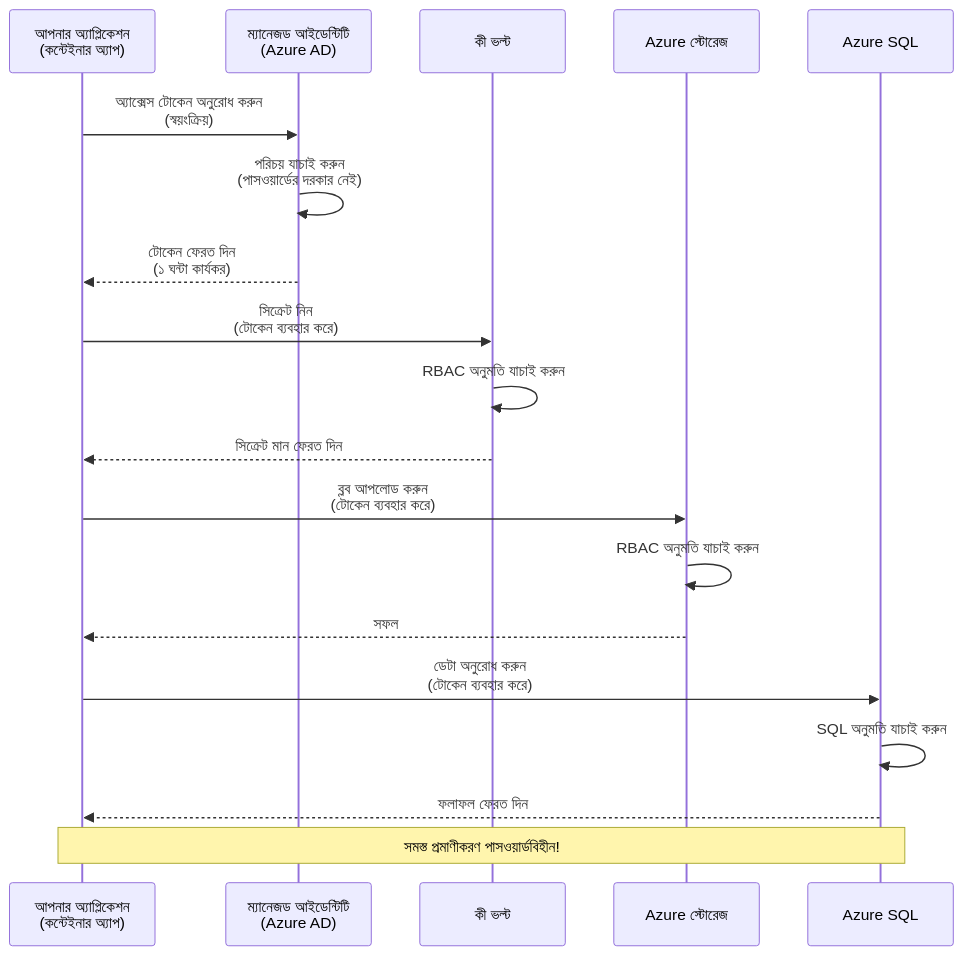
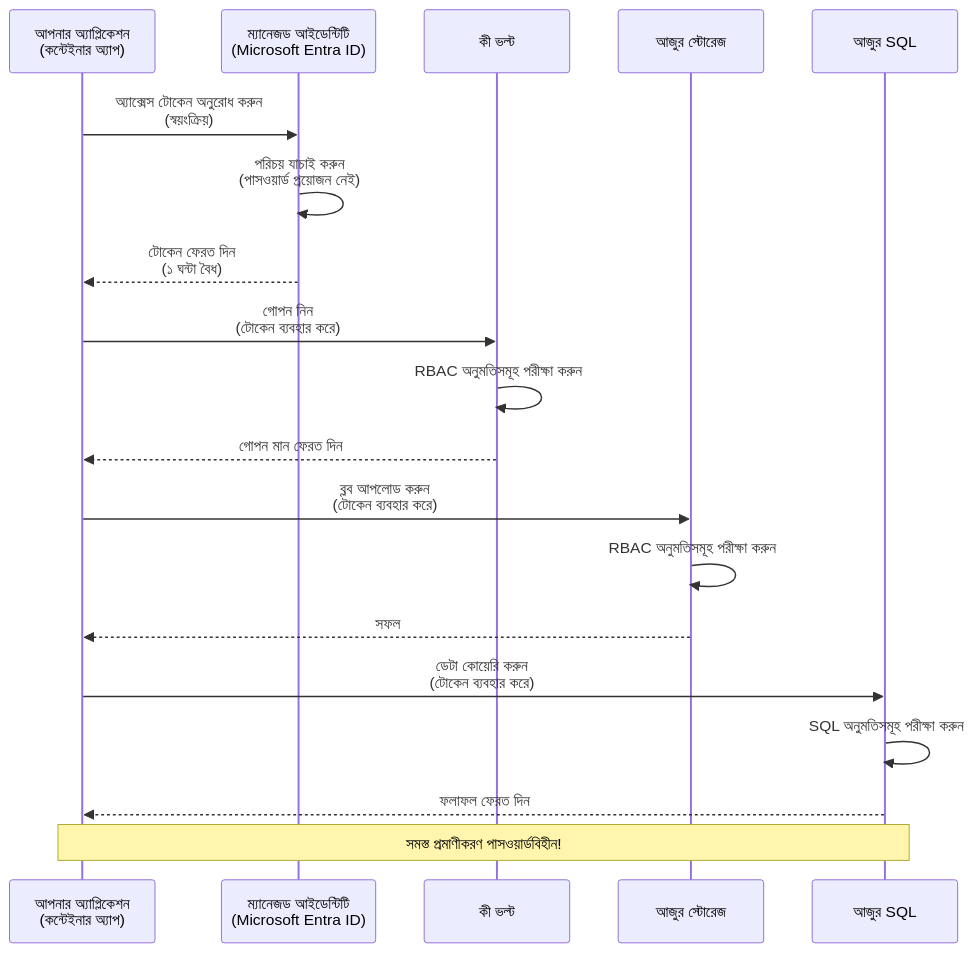
Before and after one commit to microsoft/AZD-for-beginners: the first of 2 diagrams in translations/bn/docs/chapter-03-configuration/authsecurity.md, drawn with Mermaid. The commit also changed other lines of this file and 104 other files, not shown here.

````diff
--- a/translations/bn/docs/chapter-03-configuration/authsecurity.md
+++ b/translations/bn/docs/chapter-03-configuration/authsecurity.md
@@ -69,26 +69,26 @@
 ```mermaid
 sequenceDiagram
     participant App as আপনার অ্যাপ্লিকেশন<br/>(কন্টেইনার অ্যাপ)
-    participant MI as ম্যানেজড আইডেন্টিটি<br/>(Azure AD)
+    participant MI as ম্যানেজড আইডেন্টিটি<br/>(Microsoft Entra ID)
     participant KV as কী ভল্ট
-    participant Storage as Azure স্টোরেজ
-    participant DB as Azure SQL
+    participant Storage as আজুর স্টোরেজ
+    participant DB as আজুর SQL
     
     App->>MI: অ্যাক্সেস টোকেন অনুরোধ করুন<br/>(স্বয়ংক্রিয়)
-    MI->>MI: পরিচয় যাচাই করুন<br/>(পাসওয়ার্ডের দরকার নেই)
-    MI-->>App: টোকেন ফেরত দিন<br/>(১ ঘন্টা কার্যকর)
+    MI->>MI: পরিচয় যাচাই করুন<br/>(পাসওয়ার্ড প্রয়োজন নেই)
+    MI-->>App: টোকেন ফেরত দিন<br/>(১ ঘন্টা বৈধ)
     
-    App->>KV: সিক্রেট নিন<br/>(টোকেন ব্যবহার করে)
-    KV->>KV: RBAC অনুমতি যাচাই করুন
-    KV-->>App: সিক্রেট মান ফেরত দিন
+    App->>KV: গোপন নিন<br/>(টোকেন ব্যবহার করে)
+    KV->>KV: RBAC অনুমতিসমূহ পরীক্ষা করুন
+    KV-->>App: গোপন মান ফেরত দিন
     
     App->>Storage: ব্লব আপলোড করুন<br/>(টোকেন ব্যবহার করে)
-    Storage->>Storage: RBAC অনুমতি যাচাই করুন
+    Storage->>Storage: RBAC অনুমতিসমূহ পরীক্ষা করুন
     Storage-->>App: সফল
     
-    App->>DB: ডেটা অনুরোধ করুন<br/>(টোকেন ব্যবহার করে)
-    DB->>DB: SQL অনুমতি যাচাই করুন
+    App->>DB: ডেটা কোয়েরি করুন<br/>(টোকেন ব্যবহার করে)
+    DB->>DB: SQL অনুমতিসমূহ পরীক্ষা করুন
     DB-->>App: ফলাফল ফেরত দিন
     
     Note over App,DB: সমস্ত প্রমাণীকরণ পাসওয়ার্ডবিহীন!
 ```
````
